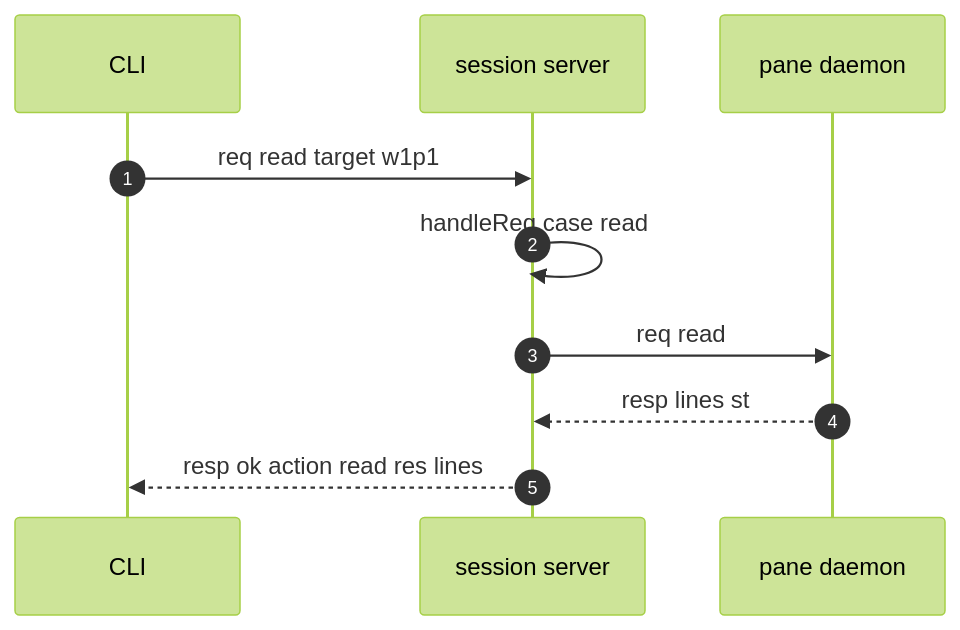
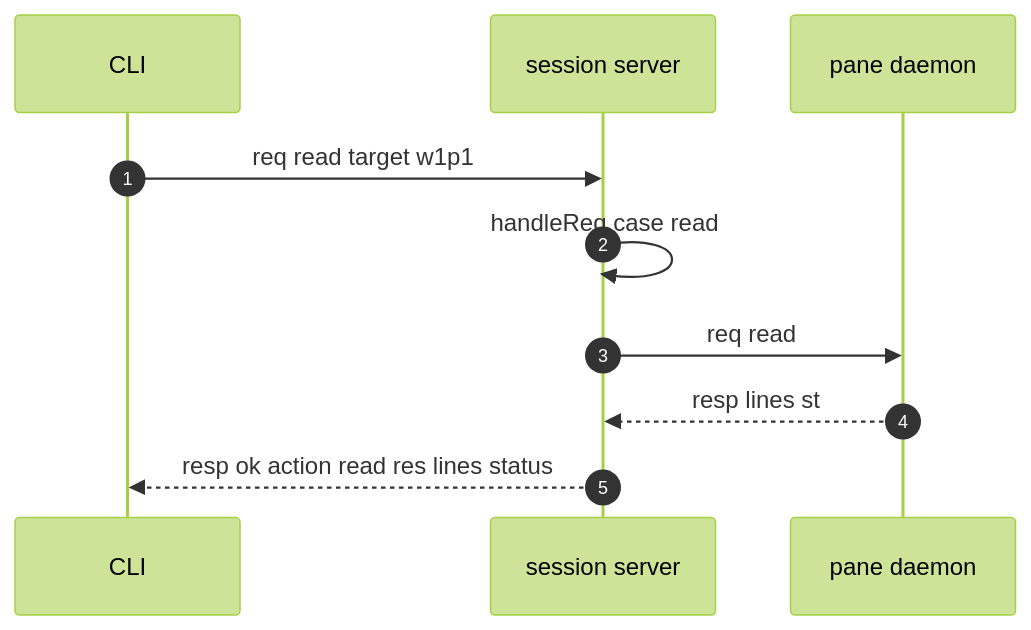
One commit to ladydascalie/dm changed the first of 2 diagrams in docs/internals/03-protocol.md. Above: the diagram before and after it, drawn with Mermaid (forest theme). The commit also changed other lines of this file and 13 other files, not shown here.

````diff
--- a/docs/internals/03-protocol.md
+++ b/docs/internals/03-protocol.md
@@ -121,12 +160,12 @@
 ```mermaid
 sequenceDiagram
     autonumber
     participant CLI
     participant Srv as session server
     participant Pane as pane daemon
     CLI->>Srv: req read target w1p1
     Srv->>Srv: handleReq case read
     Srv->>Pane: req read
     Pane-->>Srv: resp lines st
-    Srv-->>CLI: resp ok action read res lines
+    Srv-->>CLI: resp ok action read res lines status
 ```
````
